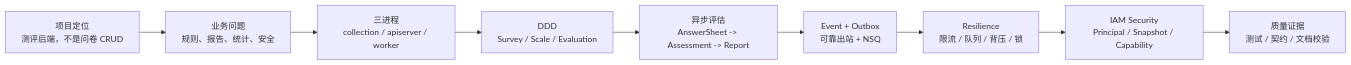
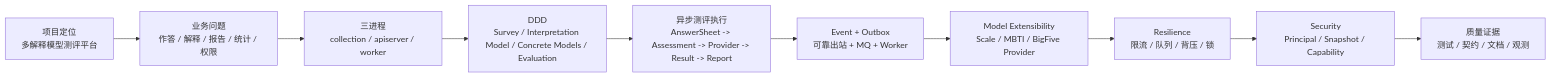
Before and after one commit to FangcunMount/qs-server: the first of 8 diagrams in docs/06-宣讲/09-30分钟技术分享脚本.md, drawn with Mermaid. The commit also changed other lines of this file and 25 other files, not shown here.

````diff
--- a/docs/06-宣讲/09-30分钟技术分享脚本.md
+++ b/docs/06-宣讲/09-30分钟技术分享脚本.md
@@ -66,14 +69,15 @@
 ```mermaid
 flowchart LR
-    A["项目定位<br/>测评后端，不是问卷 CRUD"]
-    B["业务问题<br/>规则、报告、统计、安全"]
+    A["项目定位<br/>多解释模型测评平台"]
+    B["业务问题<br/>作答 / 解释 / 报告 / 统计 / 权限"]
     C["三进程<br/>collection / apiserver / worker"]
-    D["DDD<br/>Survey / Scale / Evaluation"]
-    E["异步评估<br/>AnswerSheet -> Assessment -> Report"]
-    F["Event + Outbox<br/>可靠出站 + NSQ"]
-    G["Resilience<br/>限流 / 队列 / 背压 / 锁"]
-    H["IAM Security<br/>Principal / Snapshot / Capability"]
-    I["质量证据<br/>测试 / 契约 / 文档校验"]
+    D["DDD<br/>Survey / Interpretation Model / Concrete Models / Evaluation"]
+    E["异步测评执行<br/>AnswerSheet -> Assessment -> Provider -> Result -> Report"]
+    F["Event + Outbox<br/>可靠出站 + MQ + Worker"]
+    G["Model Extensibility<br/>Scale / MBTI / BigFive Provider"]
+    H["Resilience<br/>限流 / 队列 / 背压 / 锁"]
+    I["Security<br/>Principal / Snapshot / Capability"]
+    J["质量证据<br/>测试 / 契约 / 文档 / 观测"]
 
-    A --> B --> C --> D --> E --> F --> G --> H --> I
+    A --> B --> C --> D --> E --> F --> G --> H --> I --> J
 ```
````
